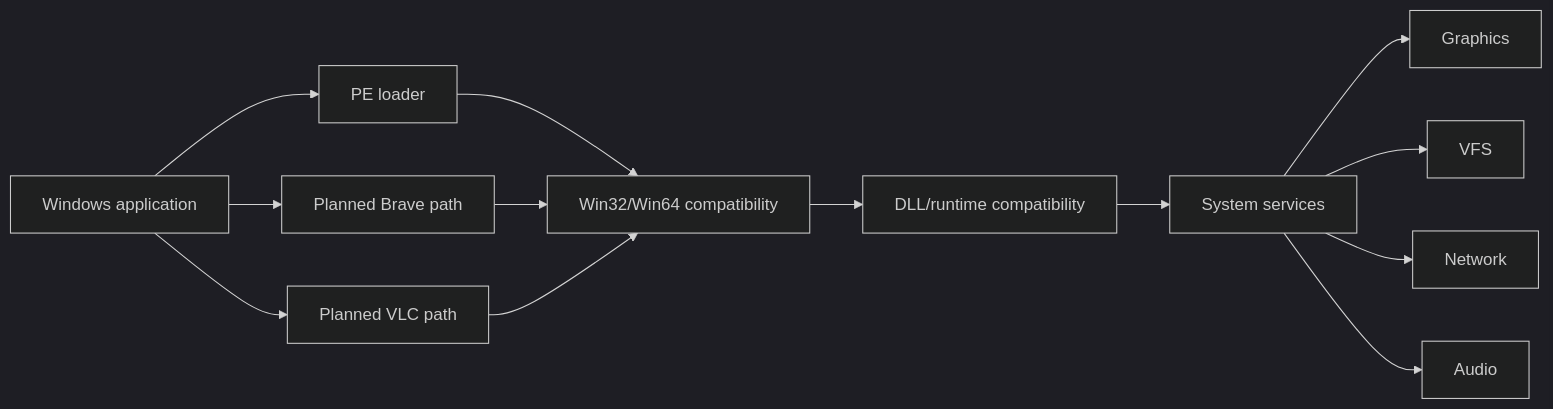
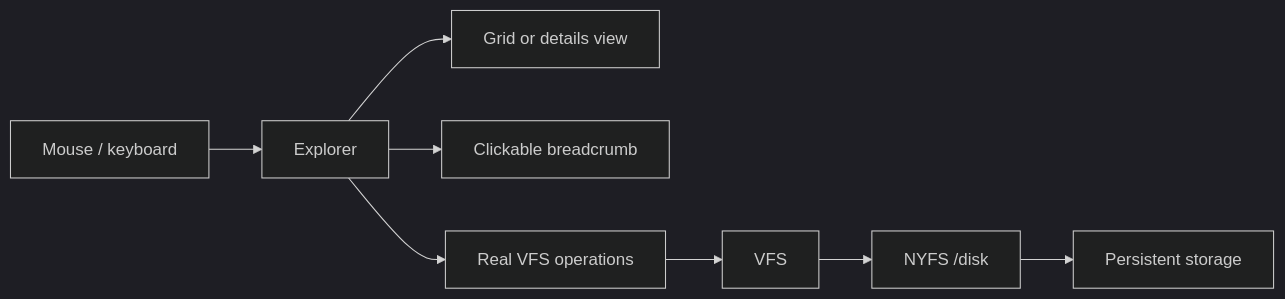
One commit to NotY215/NotYVOS changed diagram 38 of 39 in docs/data flow.md. Above: the diagram before and after it, drawn with Mermaid (dark theme). The commit also changed other lines of this file, not shown here.

Commit message:
docs: rebuild data-flow status

````diff
--- a/docs/data flow.md
+++ b/docs/data flow.md
@@ -586,15 +587,10 @@
 ```mermaid
 flowchart LR
-    APP[Windows application] --> PE[PE loader]
-    PE --> ABI[Win32/Win64 compatibility]
-    ABI --> DLL[DLL/runtime compatibility]
-    DLL --> SERVICES[System services]
-    SERVICES --> GFX[Graphics]
-    SERVICES --> VFS[VFS]
-    SERVICES --> NET[Network]
-    SERVICES --> AUDIO[Audio]
-    APP --> BRAVE[Planned Brave path]
-    APP --> VLC[Planned VLC path]
-    BRAVE --> ABI
-    VLC --> ABI
+    INPUT[Mouse / keyboard] --> EXP[Explorer]
+    EXP --> VIEW[Grid or details view]
+    EXP --> BREAD[Clickable breadcrumb]
+    EXP --> OPS[Real VFS operations]
+    OPS --> VFS[VFS]
+    VFS --> NYFS[NYFS /disk]
+    NYFS --> DISK[Persistent storage]
 ```
````
